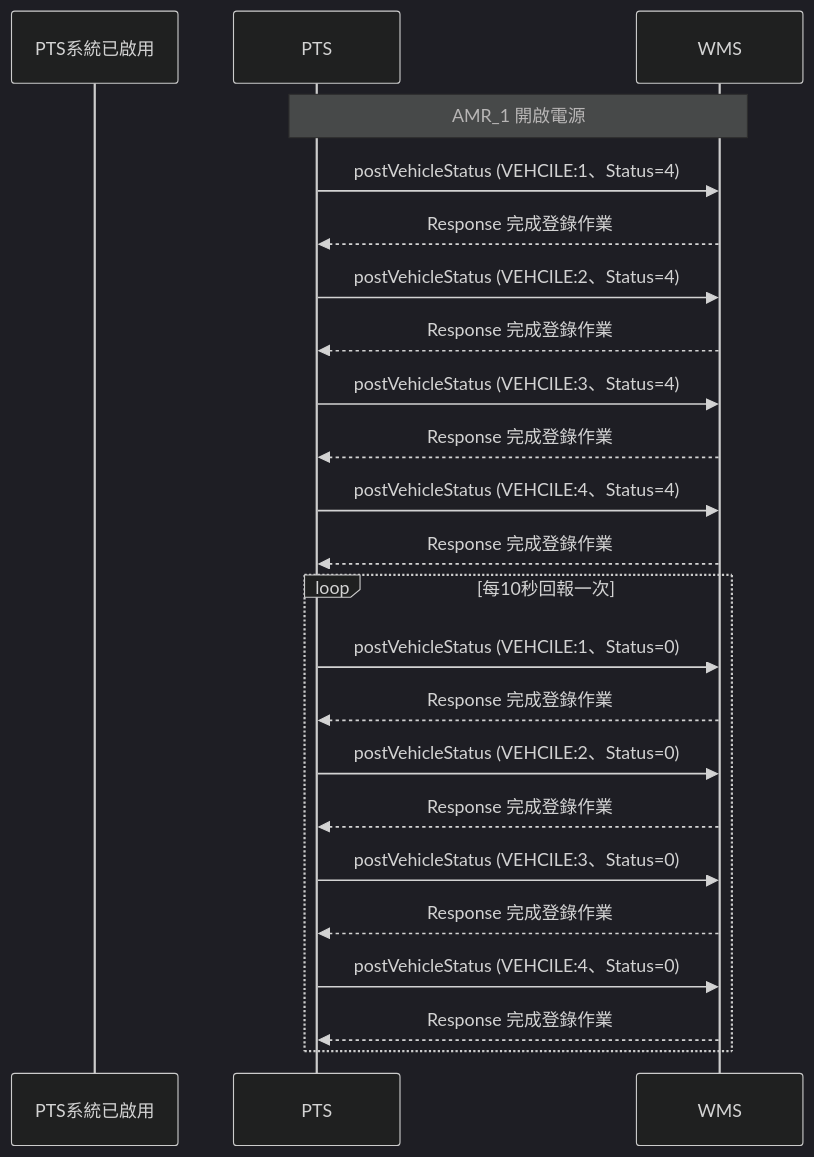
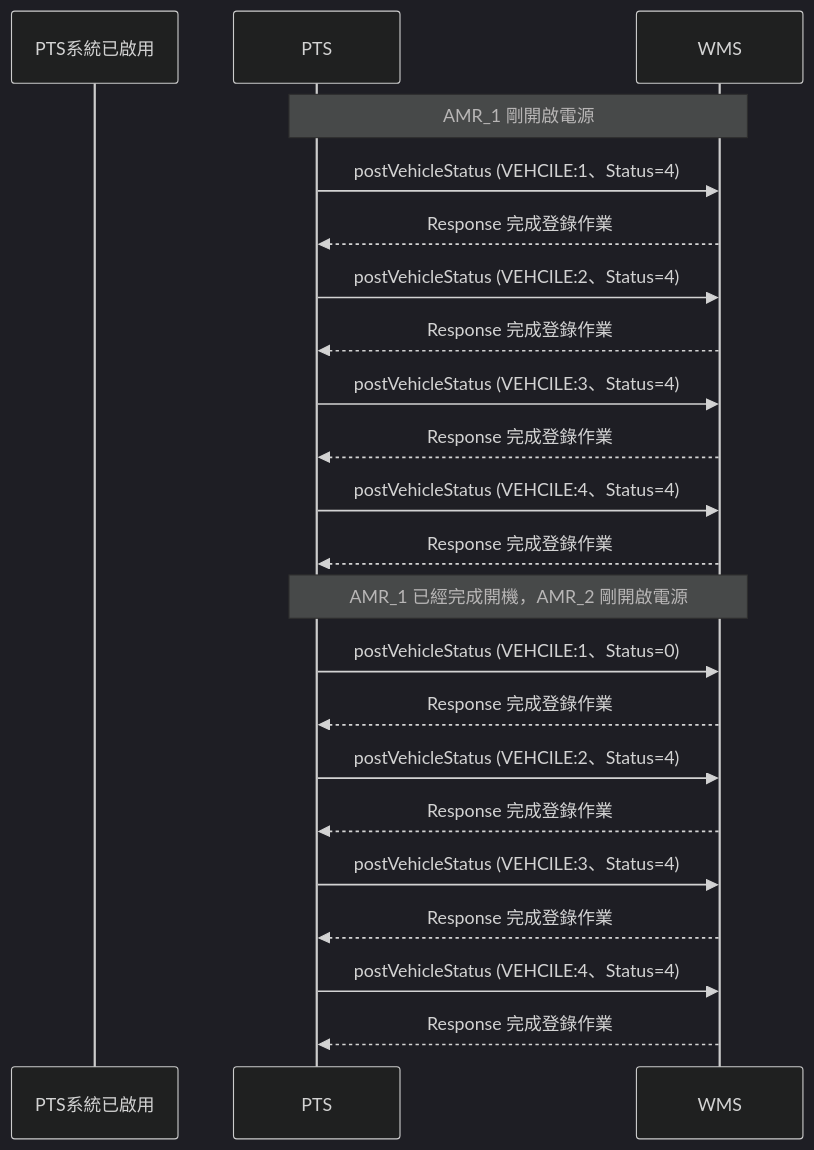
One commit to athena-tircgo/amr-wms-lsj changed the fifth of 5 diagrams in README.md. Above: the diagram before and after it, drawn with Mermaid (dark theme).

````diff
--- a/README.md
+++ b/README.md
@@ -323,28 +323,28 @@
 ```mermaid
 sequenceDiagram
     participant PTS系統已啟用
     participant PTS
     participant WMS
 
-    note over PTS,WMS: AMR_1 開啟電源
+    note over PTS,WMS: AMR_1 剛開啟電源
         PTS->>WMS: postVehicleStatus (VEHCILE:1、Status=4)
         WMS-->>PTS: Response 完成登錄作業
         PTS->>WMS: postVehicleStatus (VEHCILE:2、Status=4)
         WMS-->>PTS: Response 完成登錄作業
         PTS->>WMS: postVehicleStatus (VEHCILE:3、Status=4)
         WMS-->>PTS: Response 完成登錄作業
         PTS->>WMS: postVehicleStatus (VEHCILE:4、Status=4)
         WMS-->>PTS: Response 完成登錄作業
     
 
-    loop 每10秒回報一次
+    note over PTS,WMS: AMR_1 已經完成開機，AMR_2 剛開啟電源
         PTS->>WMS: postVehicleStatus (VEHCILE:1、Status=0)
         WMS-->>PTS: Response 完成登錄作業
-        PTS->>WMS: postVehicleStatus (VEHCILE:2、Status=0)
+        PTS->>WMS: postVehicleStatus (VEHCILE:2、Status=4)
         WMS-->>PTS: Response 完成登錄作業
-        PTS->>WMS: postVehicleStatus (VEHCILE:3、Status=0)
+        PTS->>WMS: postVehicleStatus (VEHCILE:3、Status=4)
         WMS-->>PTS: Response 完成登錄作業
-        PTS->>WMS: postVehicleStatus (VEHCILE:4、Status=0)
+        PTS->>WMS: postVehicleStatus (VEHCILE:4、Status=4)
         WMS-->>PTS: Response 完成登錄作業
-    end
+
 ```
````
